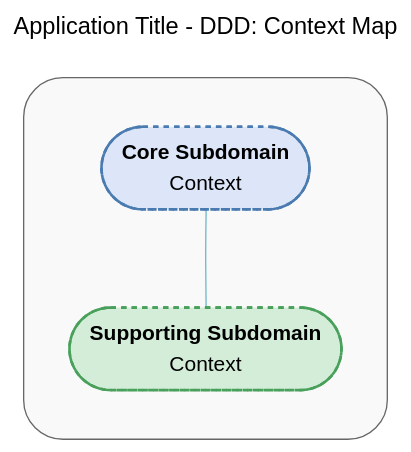
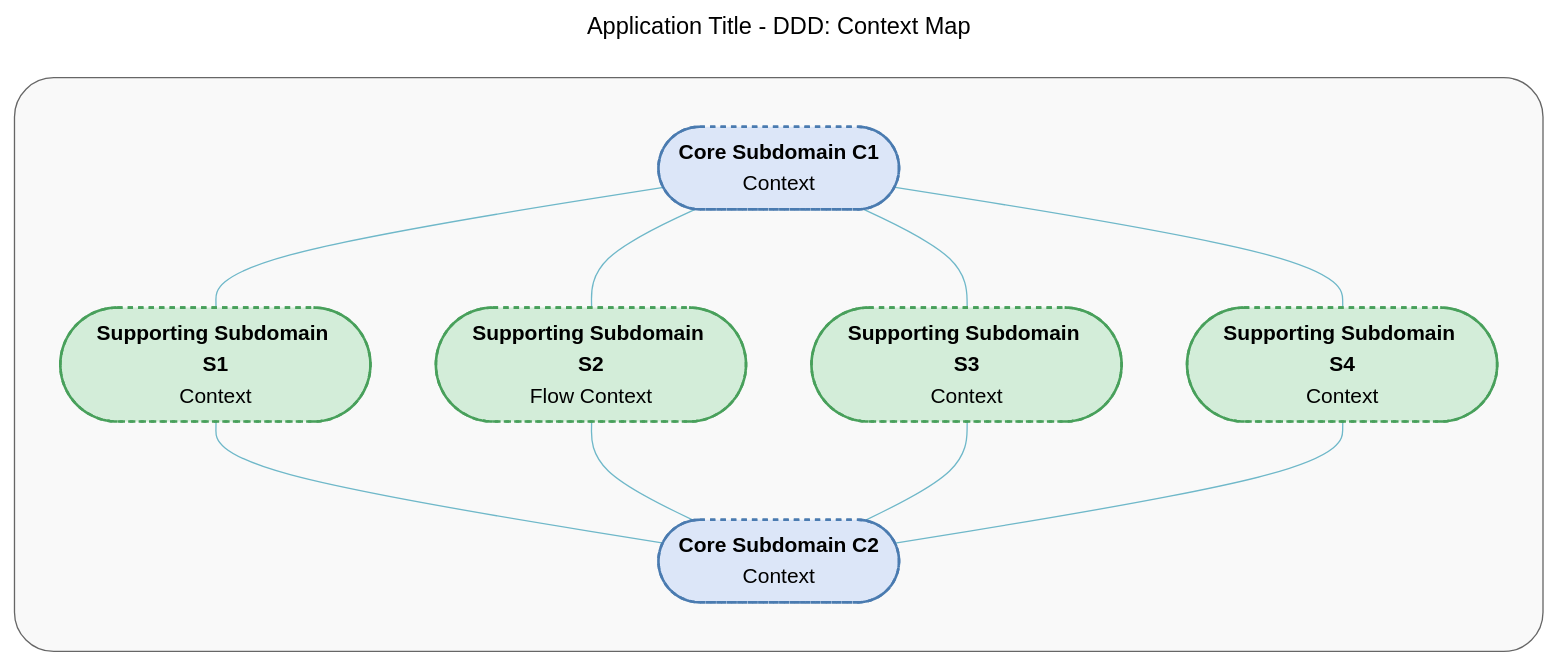
The diagram in mermaid/ddd-templates/context-map.tpl.mmd (govindthange/playbooks), drawn with Mermaid before and after one commit.

Commit message:
Expanded context map template w/ more objects

```diff
--- a/mermaid/ddd-templates/context-map.tpl.mmd
+++ b/mermaid/ddd-templates/context-map.tpl.mmd
@@ -1,50 +1,68 @@
 ---
 
 title: "Application Title - DDD: Context Map"
 
 ---
 
+%%{init: {
+  'theme': 'base',
+  'themeVariables': {
+    'primaryColor': '#eaf6f8',
+    'primaryTextColor': '#000000',
+    'primaryBorderColor': '#a3d5dc',
+    'lineColor': '#6fb8c9',
+    'edgeLabelBackground': 'transparent',
+    'fontFamily': 'arial',
+    'mainBkg': '#eaf6f8',
+    'secondBkg': '#d6ecf3',
+    'tertiaryColor': '#f0f9fb',
+    'clusterBkg': '#f5fbfc',
+    'clusterBorder': '#a3d5dc',
+    'background': '#ffffff',
+    'secondaryColor': '#d6ecf3',
+    'tertiaryTextColor': '#000000',
+    'secondaryTextColor': '#000000',
+    'textColor': '#000000',
+    'nodeTextColor': '#000000'
+  },
+  'themeCSS': '.edgeLabel, .edgeLabels, .edgeLabel *, .edgeLabels *, .edgeLabel .label, .edgeLabels .label, .edgeLabel p, .edgeLabels p, .edgeLabel div, .edgeLabels div, .edgeLabel foreignObject, .edgeLabels foreignObject, .edgeLabel rect, .edgeLabels rect, .edgeLabel span, .edgeLabels span, .label rect, tspan { background-color: transparent !important; background: transparent !important; fill: transparent !important; stroke: none !important; } .edgeLabel .label text, .edgeLabel text, .edgeLabels text, .edgeLabel p, .edgeLabels p, .edgeLabel span, .edgeLabels span { color: #4d4d4d !important; fill: #4d4d4d !important; }'
+}}%%
+
 flowchart TB
-
-  %%{init: {
-    'theme': 'base',
-    'themeVariables': {
-      'primaryColor': '#eaf6f8',
-      'primaryTextColor': '#000000',
-      'primaryBorderColor': '#a3d5dc',
-      'lineColor': '#6fb8c9',
-      'edgeLabelBackground': 'transparent',
-      'fontFamily': 'arial',
-      'mainBkg': '#eaf6f8',
-      'secondBkg': '#d6ecf3',
-      'tertiaryColor': '#f0f9fb',
-      'clusterBkg': '#f5fbfc',
-      'clusterBorder': '#a3d5dc',
-      'background': '#ffffff',
-      'secondaryColor': '#d6ecf3',
-      'tertiaryTextColor': '#000000',
-      'secondaryTextColor': '#000000',
-      'textColor': '#000000',
-      'nodeTextColor': '#000000'
-    },
-    'themeCSS': '.edgeLabel, .edgeLabels, .edgeLabel *, .edgeLabels *, .edgeLabel .label, .edgeLabels .label, .edgeLabel p, .edgeLabels p, .edgeLabel div, .edgeLabels div, .edgeLabel foreignObject, .edgeLabels foreignObject, .edgeLabel rect, .edgeLabels rect, .edgeLabel span, .edgeLabels span, .label rect, tspan { background-color: transparent !important; background: transparent !important; fill: transparent !important; stroke: none !important; } .edgeLabel .label text, .edgeLabel text, .edgeLabels text, .edgeLabel p, .edgeLabels p, .edgeLabel span, .edgeLabels span { color: #4d4d4d !important; fill: #4d4d4d !important; }'
-  }}%%
-
   subgraph mainContainer[" "]
     direction TB
-    
-    coreSubdomainContext1(["<b>Core Subdomain</b><br>Context"])
-    supportingSubdomainContext1(["<b>Supporting Subdomain</b><br>Context"])
-    
-    coreSubdomainContext1 --- supportingSubdomainContext1
+        
+    %% Top Node
+    contextC1(["<b>Core Subdomain C1</b><br>Context"])
+
+    %% Middle Layer Nodes
+    contextS1(["<b>Supporting Subdomain S1</b><br>Context"])
+    contextS2(["<b>Supporting Subdomain S2</b><br>Flow Context"])
+    contextS3(["<b>Supporting Subdomain S3</b><br>Context"])
+    contextS4(["<b>Supporting Subdomain S4</b><br>Context"])
+
+    %% Bottom Node
+    contextC2(["<b>Core Subdomain C2</b><br>Context"])
+
+    %% Connections from contextC1
+    contextC1 --- contextS1
+    contextC1 --- contextS2
+    contextC1 --- contextS3
+    contextC1 --- contextS4
+
+    %% Connections to contextC2
+    contextS1 --- contextC2
+    contextS2 --- contextC2
+    contextS3 --- contextC2
+    contextS4 --- contextC2
   end
 
-  %% Node Styling (Blue dashed ellipses for Top/Bottom, Green dashed for Middle)
+  %% Node Styling (Blue dashed ellipses for Core Domain, Green dashed for Supporting Domain)
   classDef coreDomainContextClass fill:#dce6f8,stroke:#4a7bb0,stroke-dasharray: 4 4,stroke-width:2px;
   classDef supportingDomainContextClass fill:#d3edd9,stroke:#48a05b,stroke-dasharray: 4 4,stroke-width:2px;
   
-  class coreSubdomainContext1 coreDomainContextClass;
-  class supportingSubdomainContext1 supportingDomainContextClass;
+  class contextC1,contextC2 coreDomainContextClass;
+  class contextS1,contextS2,contextS3,contextS4 supportingDomainContextClass;
 
   %% Subgraph Box Styling
   style mainContainer fill:#f9f9f9,stroke:#666666,stroke-width:1px,rx:30px,ry:30px;
```
